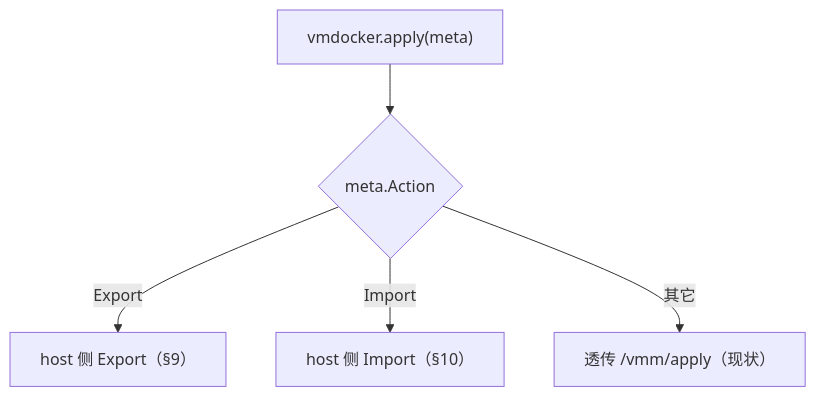
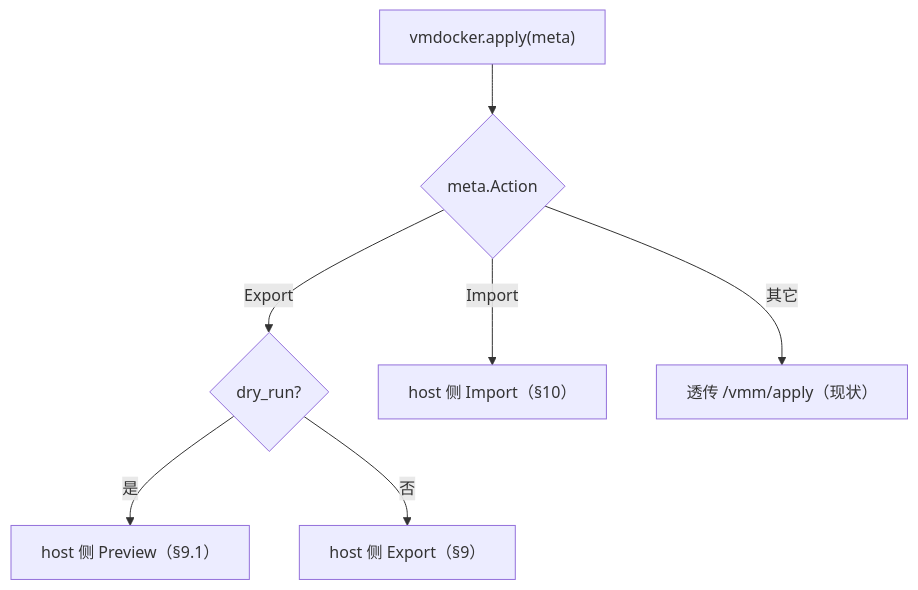
Before and after one commit to cryptowizard0/vmdocker_agent: the fifth of 5 diagrams in docs/superpowers/specs/2026-06-16-vmdocker-capability-export-import-design.md, drawn with Mermaid. The commit also changed other lines of this file, not shown here.

First line of the commit message:
Add export preview (dry-run); drop module.manifest.json

````diff
--- a/docs/superpowers/specs/2026-06-16-vmdocker-capability-export-import-design.md
+++ b/docs/superpowers/specs/2026-06-16-vmdocker-capability-export-import-design.md
@@ -317,12 +341,16 @@
 ```mermaid
 flowchart TB
     A["vmdocker.apply(meta)"]
     S{"meta.Action"}
+    DR{"dry_run?"}
+    PV["host 侧 Preview（§9.1）"]
     E["host 侧 Export（§9）"]
     I["host 侧 Import（§10）"]
     P["透传 /vmm/apply（现状）"]
     A --> S
-    S -->|Export| E
+    S -->|Export| DR
+    DR -->|是| PV
+    DR -->|否| E
     S -->|Import| I
     S -->|其它| P
 ```
````
